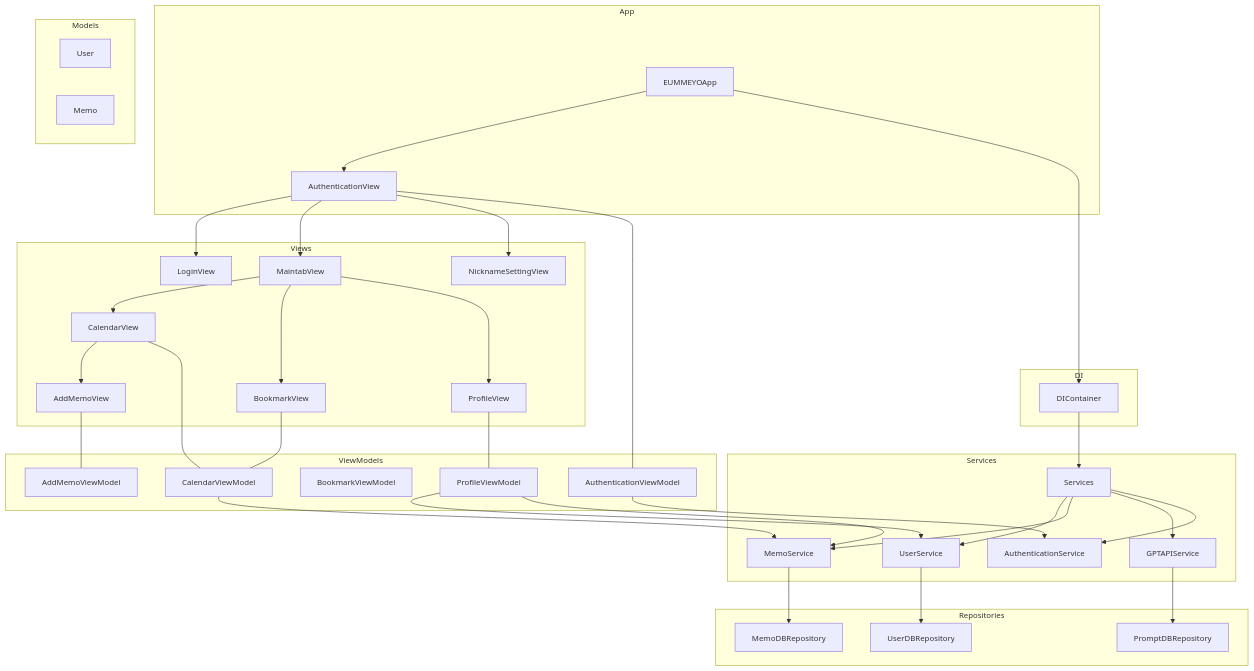
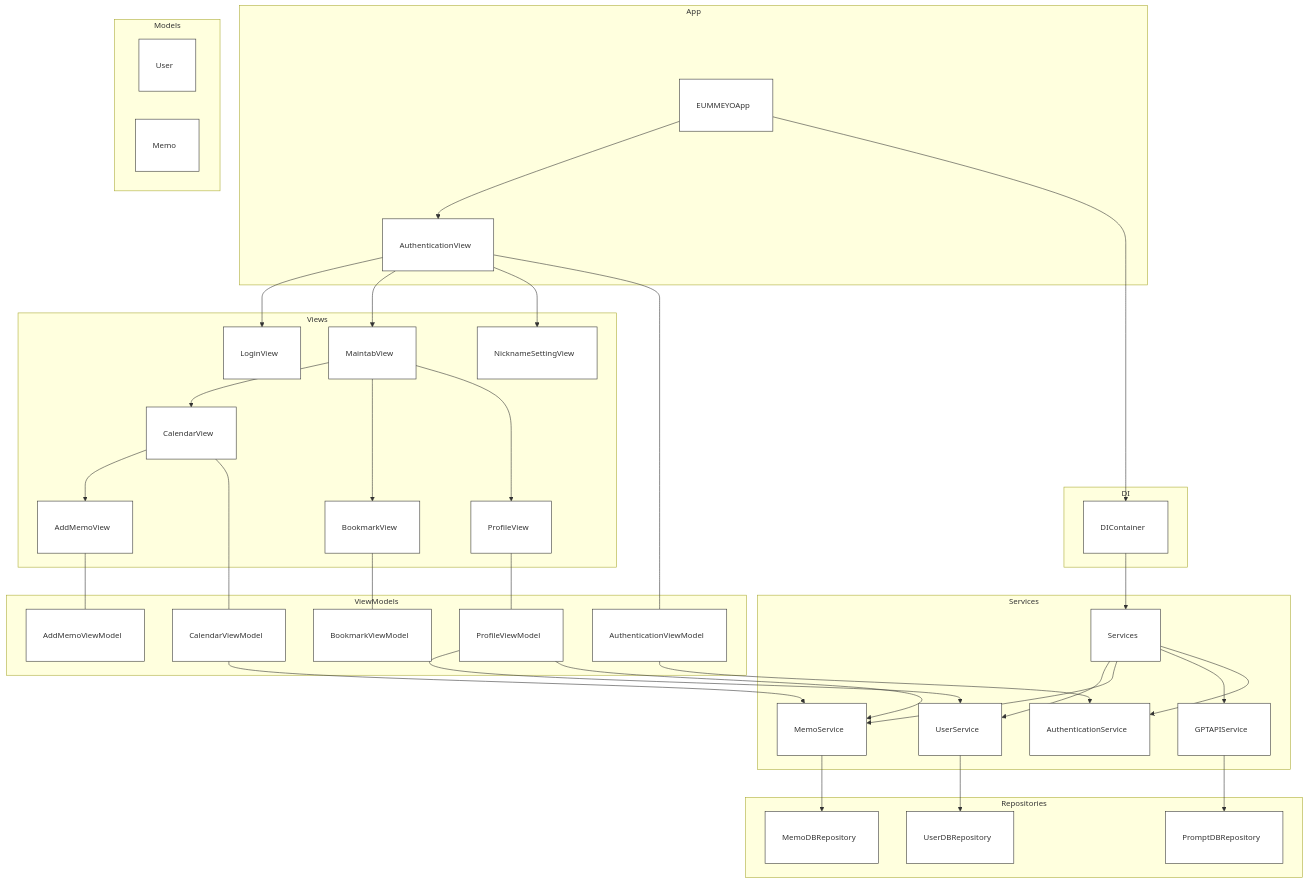
The diagram in README.md (team-RETI/EUMMEYO), drawn with Mermaid before and after one commit.

Commit message:
docs: readme 업데이트

````diff
--- a/README.md
+++ b/README.md
@@ -55,42 +55,46 @@
 ```mermaid
-%%{init: {'themeVariables': { 'fontSize': '14px', 'lineHeight': '16px'}}}%%
+%%{init: {'themeVariables': { 'fontSize': '14px', 'lineHeight': '18px'}}}%%
 graph TD
+    %% Subgraph: App
     subgraph App
-        A[EUMMEYOApp] --> B[AuthenticationView]
+        A["EUMMEYOApp&nbsp;&nbsp;&nbsp;"] --> B["AuthenticationView&nbsp;&nbsp;&nbsp;"]
     end
 
+    %% Subgraph: Views
     subgraph Views
-        B --> C[LoginView]
-        B --> D[MaintabView]
-        B --> E[NicknameSettingView]
+        B --> C["LoginView&nbsp;&nbsp;&nbsp;"]
+        B --> D["MaintabView&nbsp;&nbsp;&nbsp;"]
+        B --> E["NicknameSettingView&nbsp;&nbsp;&nbsp;"]
         
-        D --> F[CalendarView]
-        D --> G[BookmarkView]
-        D --> H[ProfileView]
+        D --> F["CalendarView&nbsp;&nbsp;&nbsp;"]
+        D --> G["BookmarkView&nbsp;&nbsp;&nbsp;"]
+        D --> H["ProfileView&nbsp;&nbsp;&nbsp;"]
         
-        F --> I[AddMemoView]
+        F --> I["AddMemoView&nbsp;&nbsp;&nbsp;"]
     end
 
+    %% Subgraph: ViewModels
     subgraph ViewModels
-        J[AuthenticationViewModel]
-        K[CalendarViewModel]
-        L[BookmarkViewModel]
-        M[ProfileViewModel]
-        N[AddMemoViewModel]
+        J["AuthenticationViewModel&nbsp;&nbsp;&nbsp;"]
+        K["CalendarViewModel&nbsp;&nbsp;&nbsp;"]
+        L["BookmarkViewModel&nbsp;&nbsp;&nbsp;"]
+        M["ProfileViewModel&nbsp;&nbsp;&nbsp;"]
+        N["AddMemoViewModel&nbsp;&nbsp;&nbsp;"]
         
         B --- J
         F --- K
-        G --- K
+        G --- L
         H --- M
         I --- N
     end
 
+    %% Subgraph: Services
     subgraph Services
-        O[Services]
-        P[UserService]
-        Q[MemoService]
-        R[GPTAPIService]
-        S[AuthenticationService]
+        O["Services&nbsp;&nbsp;&nbsp;"]
+        P["UserService&nbsp;&nbsp;&nbsp;"]
+        Q["MemoService&nbsp;&nbsp;&nbsp;"]
+        R["GPTAPIService&nbsp;&nbsp;&nbsp;"]
+        S["AuthenticationService&nbsp;&nbsp;&nbsp;"]
         
         O --> P
         O --> Q
@@ -98,29 +102,37 @@
         O --> S
     end
 
+    %% Subgraph: Repositories
     subgraph Repositories
-        T[UserDBRepository]
-        U[MemoDBRepository]
-        V[PromptDBRepository]
+        T["UserDBRepository&nbsp;&nbsp;&nbsp;"]
+        U["MemoDBRepository&nbsp;&nbsp;&nbsp;"]
+        V["PromptDBRepository&nbsp;&nbsp;&nbsp;"]
         
         P --> T
         Q --> U
         R --> V
     end
 
+    %% Subgraph: DI
     subgraph DI
-        W[DIContainer] --> O
+        W["DIContainer&nbsp;&nbsp;&nbsp;"] --> O
     end
 
+    %% Subgraph: Models
     subgraph Models
-        X[User]
-        Y[Memo]
+        X["User&nbsp;&nbsp;&nbsp;"]
+        Y["Memo&nbsp;&nbsp;&nbsp;"]
     end
 
+    %% 연결선 정의
     A --> W
     J --> S
     K --> Q
     M --> P
     M --> Q
 
+    %% 모든 노드에 패딩 스타일 적용 (브라우저나 렌더러에 따라 일부 속성이 반영되지 않을 수 있음)
+    classDef wide fill:#fff,stroke:#333,stroke-width:1px, padding:10px;
+    class A,B,C,D,E,F,G,H,I,J,K,L,M,N,O,P,Q,R,S,T,U,V,W,X,Y wide;
+
 ```
````
